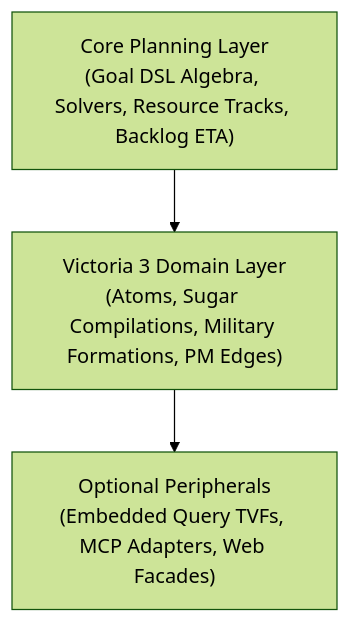
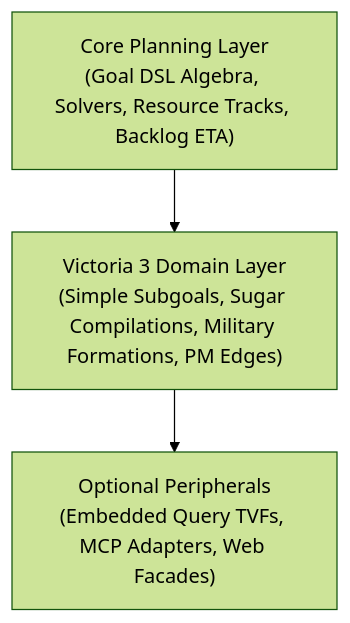
One commit to jmalicki/vic3-analyzer changed the diagram in docs/planning.md. Above: the diagram before and after it, drawn with Mermaid (forest theme). The commit also changed other lines of this file and 19 other files, not shown here.

````diff
--- a/docs/planning.md
+++ b/docs/planning.md
@@ -102,9 +109,9 @@
 ```mermaid
 flowchart TD
     Core["Core Planning Layer<br/>(Goal DSL Algebra, Solvers, Resource Tracks, Backlog ETA)"]
-    Host["Victoria 3 Domain Layer<br/>(Atoms, Sugar Compilations, Military Formations, PM Edges)"]
+    Host["Victoria 3 Domain Layer<br/>(Simple Subgoals, Sugar Compilations, Military Formations, PM Edges)"]
     Peripherals["Optional Peripherals<br/>(Embedded Query TVFs, MCP Adapters, Web Facades)"]
 
     Core --> Host
     Host --> Peripherals
 ```
````
